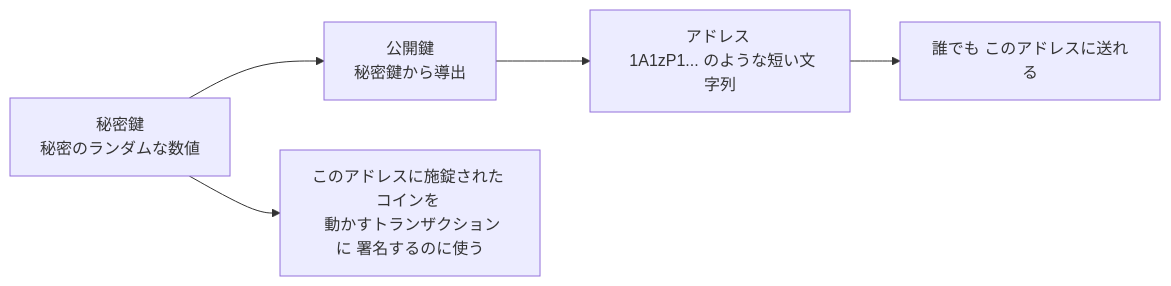
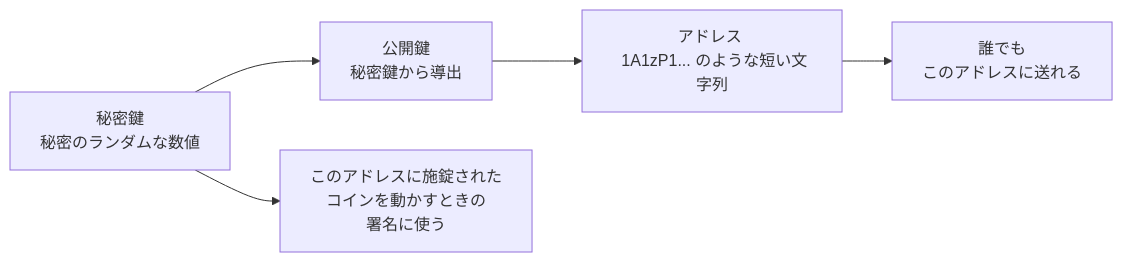
One commit to cypher256/BitcoinArchive changed the third of 10 diagrams in src/data/translations/ja/analysis/2026-05-23-how-bitcoin-works-visual-glossary.md. Above: the diagram before and after it, drawn with Mermaid. The commit also changed other lines of this file and 3 other files, not shown here.

````diff
--- a/src/data/translations/ja/analysis/2026-05-23-how-bitcoin-works-visual-glossary.md
+++ b/src/data/translations/ja/analysis/2026-05-23-how-bitcoin-works-visual-glossary.md
@@ -155,7 +155,7 @@
 ```mermaid
 flowchart LR
   PK[秘密鍵 <br/> 秘密のランダムな数値] --> PUB[公開鍵 <br/> 秘密鍵から導出]
   PUB --> ADDR[アドレス <br/> 1A1zP1... のような短い文字列]
-  ADDR --> RECV[誰でも このアドレスに送れる]
-  PK --> SIG[このアドレスに施錠された コインを <br/> 動かすトランザクションに 署名するのに使う]
+  ADDR --> RECV[誰でも<br/>このアドレスに送れる]
+  PK --> SIG[このアドレスに施錠された<br/>コインを動かすときの<br/>署名に使う]
 ```
````
